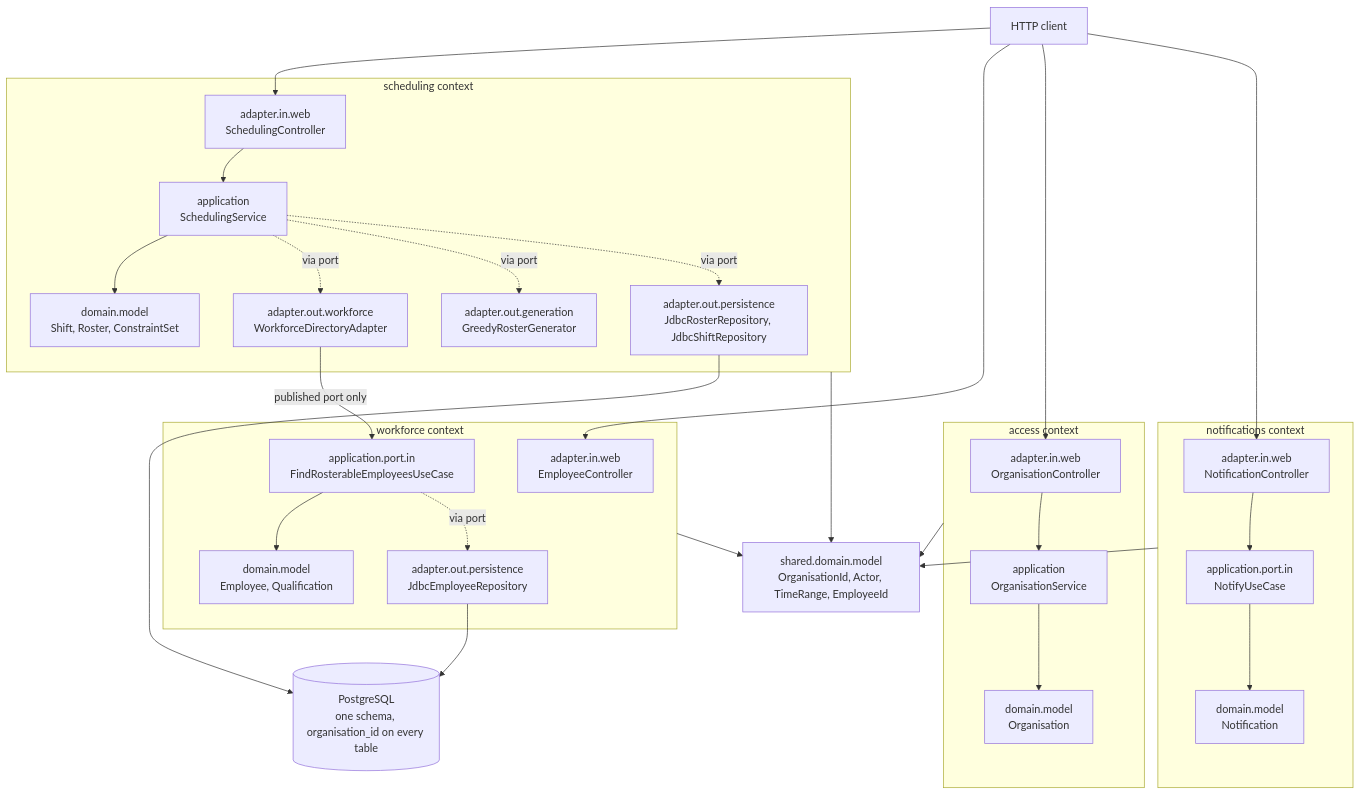
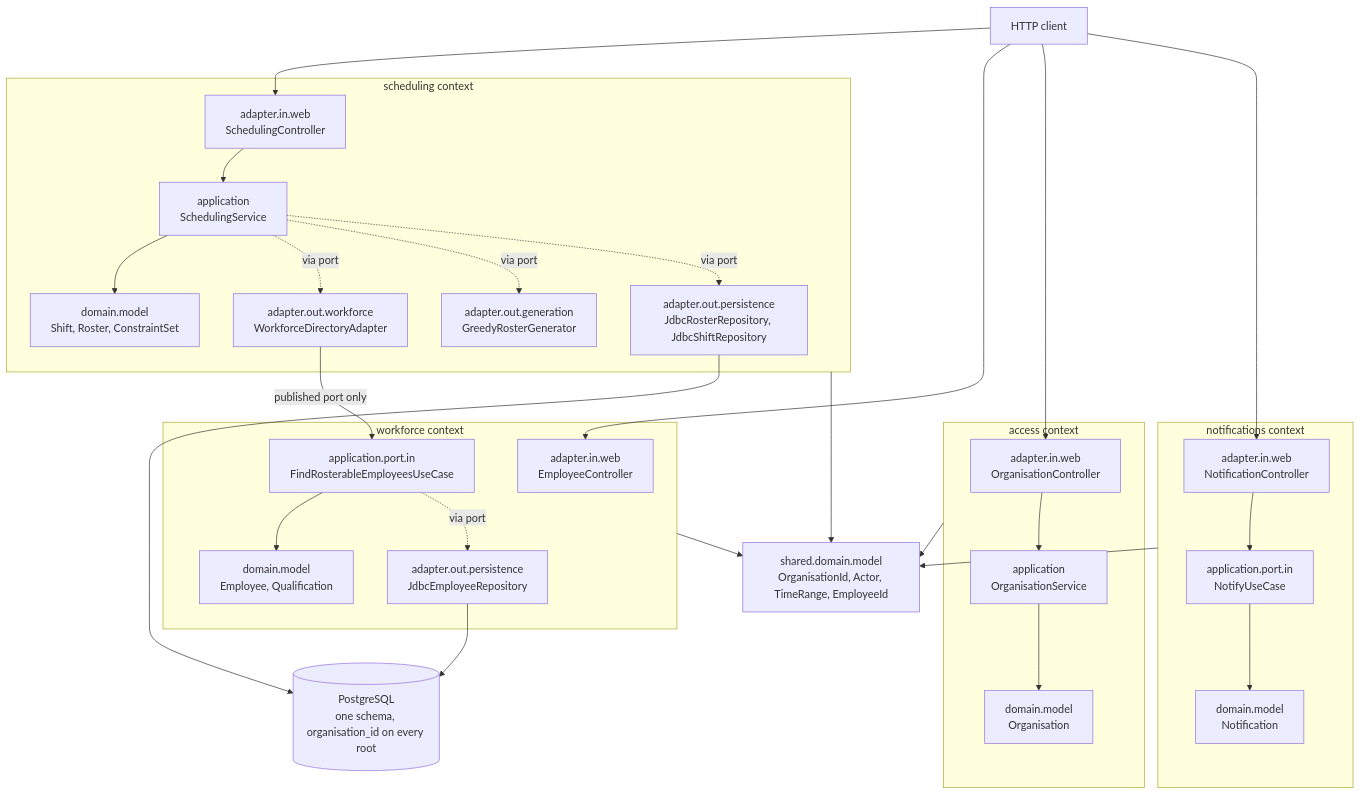
Before and after one commit to NaimElijah/HrSched: the first of 2 diagrams in docs/architecture/architecture.md, drawn with Mermaid. The commit also changed other lines of this file and 20 other files, not shown here.

````diff
--- a/docs/architecture/architecture.md
+++ b/docs/architecture/architecture.md
@@ -33,58 +33,58 @@
 ```mermaid
 flowchart TB
     client[HTTP client]
 
     subgraph scheduling [scheduling context]
         schedWeb["adapter.in.web<br/>SchedulingController"]
         schedApp["application<br/>SchedulingService"]
         schedDom["domain.model<br/>Shift, Roster, ConstraintSet"]
         acl["adapter.out.workforce<br/>WorkforceDirectoryAdapter"]
         gen["adapter.out.generation<br/>GreedyRosterGenerator"]
         schedStore["adapter.out.persistence<br/>JdbcRosterRepository, JdbcShiftRepository"]
     end
 
     subgraph workforce [workforce context]
         wfWeb["adapter.in.web<br/>EmployeeController"]
         wfPub["application.port.in<br/>FindRosterableEmployeesUseCase"]
         wfDom["domain.model<br/>Employee, Qualification"]
         wfStore["adapter.out.persistence<br/>JdbcEmployeeRepository"]
     end
 
     subgraph notifications [notifications context]
         ntfWeb["adapter.in.web<br/>NotificationController"]
         ntfPub["application.port.in<br/>NotifyUseCase"]
         ntfDom["domain.model<br/>Notification"]
     end
 
     subgraph access [access context]
         accWeb["adapter.in.web<br/>OrganisationController"]
         accApp["application<br/>OrganisationService"]
         accDom["domain.model<br/>Organisation"]
     end
 
     kernel["shared.domain.model<br/>OrganisationId, Actor, TimeRange, EmployeeId"]
-    db[("PostgreSQL<br/>one schema, organisation_id on every table")]
+    db[("PostgreSQL<br/>one schema, organisation_id on every root")]
 
     client --> schedWeb
     client --> wfWeb
     client --> accWeb
     client --> ntfWeb
     ntfWeb --> ntfPub
     ntfPub --> ntfDom
     notifications --> kernel
     accWeb --> accApp
     accApp --> accDom
     schedWeb --> schedApp
     schedApp --> schedDom
     schedApp -.via port.-> acl
     schedApp -.via port.-> gen
     acl -->|published port only| wfPub
     wfPub --> wfDom
     scheduling --> kernel
     workforce --> kernel
     access --> kernel
     schedApp -.via port.-> schedStore
     wfPub -.via port.-> wfStore
     schedStore --> db
     wfStore --> db
 ```
````
